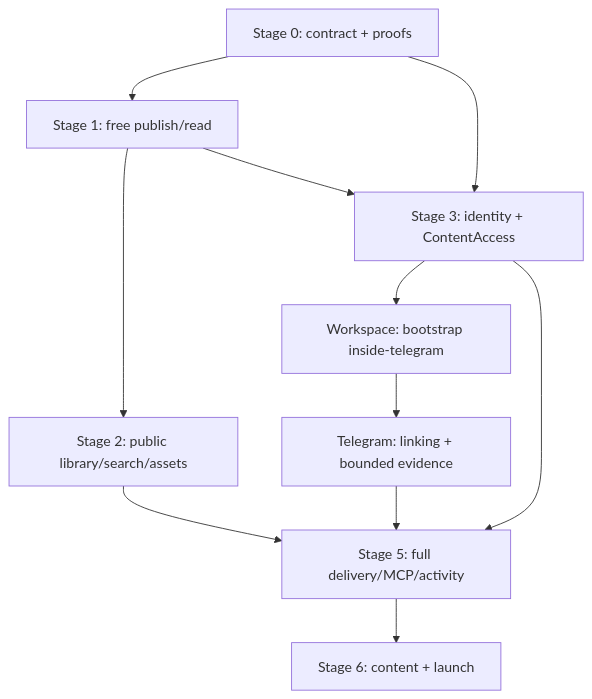
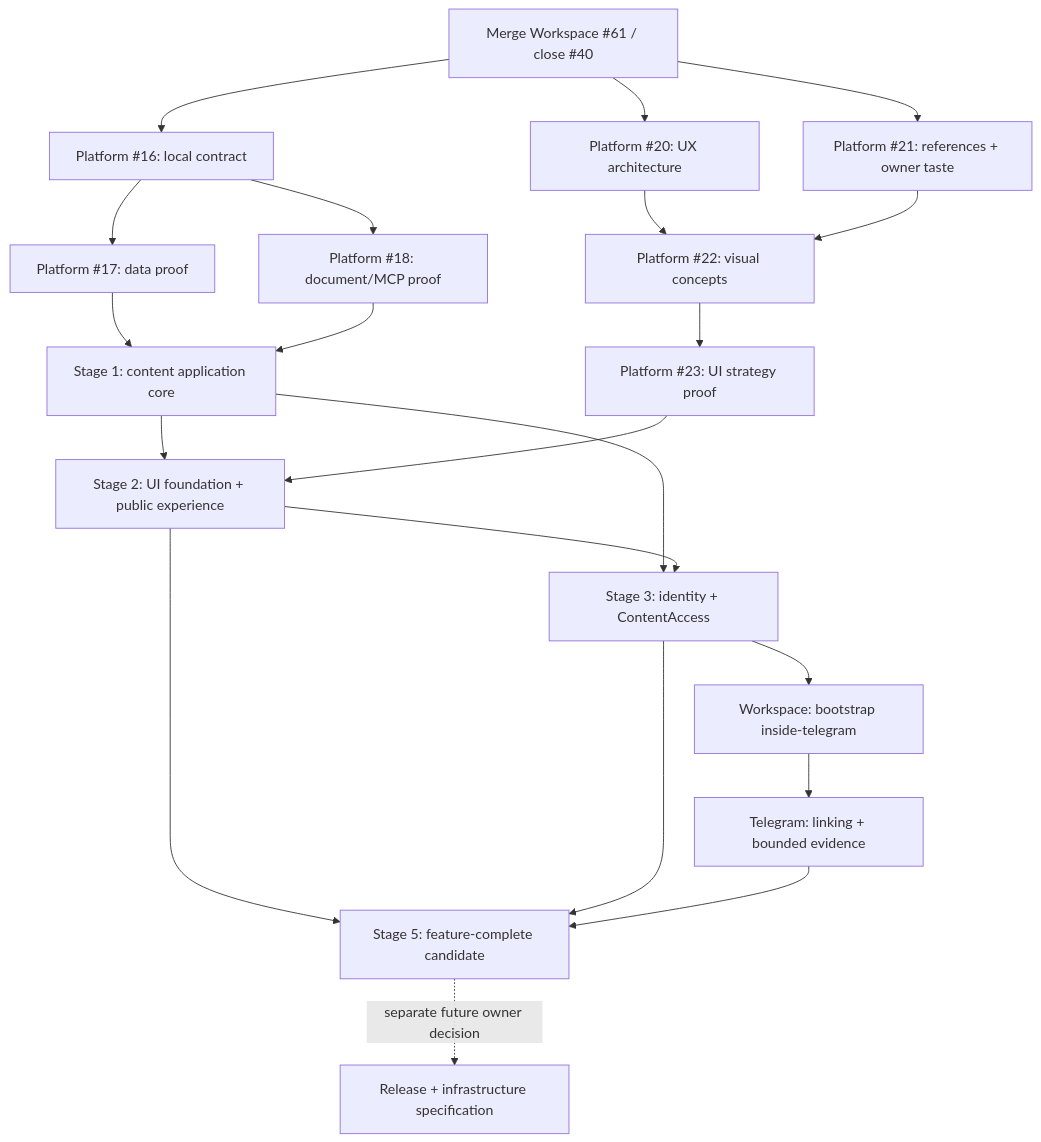
The second of 2 diagrams in docs/specifications/platform-v1.md (sachkov-inside/workspace), drawn with Mermaid before and after one commit. The commit also changed other lines of this file, not shown here.

Commit message:
docs: defer release and add UI design track

````diff
--- a/docs/specifications/platform-v1.md
+++ b/docs/specifications/platform-v1.md
@@ -467,13 +479,23 @@
 ```mermaid
 flowchart TD
-    S0[Stage 0: contract + proofs] --> S1[Stage 1: free publish/read]
-    S1 --> S2[Stage 2: public library/search/assets]
-    S0 --> S3[Stage 3: identity + ContentAccess]
+    M[Merge Workspace #61 / close #40] --> C[Platform #16: local contract]
+    M --> UX[Platform #20: UX architecture]
+    M --> REF[Platform #21: references + owner taste]
+    C --> DATA[Platform #17: data proof]
+    C --> DOC[Platform #18: document/MCP proof]
+    DATA --> S1[Stage 1: content application core]
+    DOC --> S1
+    UX --> CONCEPT[Platform #22: visual concepts]
+    REF --> CONCEPT
+    CONCEPT --> UIP[Platform #23: UI strategy proof]
+    S1 --> S2[Stage 2: UI foundation + public experience]
+    UIP --> S2
     S1 --> S3
+    S2 --> S3[Stage 3: identity + ContentAccess]
     S3 --> B[Workspace: bootstrap inside-telegram]
     B --> T[Telegram: linking + bounded evidence]
-    S2 --> S5[Stage 5: full delivery/MCP/activity]
+    S2 --> S5[Stage 5: feature-complete candidate]
     S3 --> S5
     T --> S5
-    S5 --> S6[Stage 6: content + launch]
+    S5 -. separate future owner decision .-> R[Release + infrastructure specification]
 ```
````
